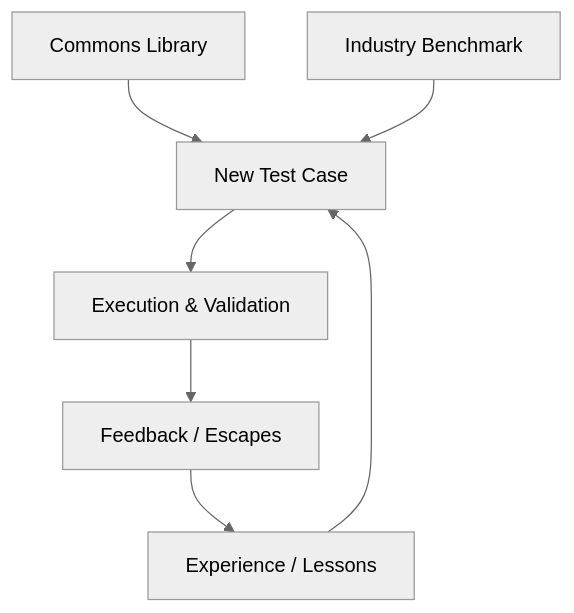
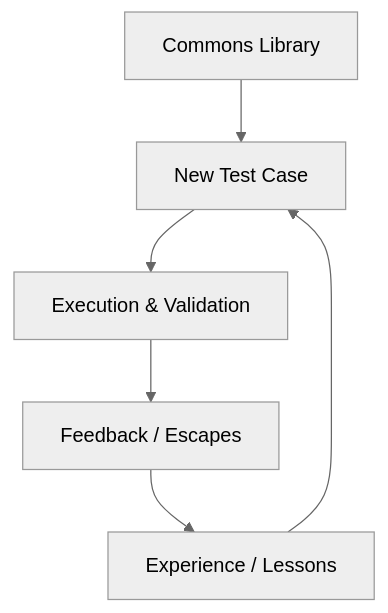
One commit to WilliamMunster/testcase-os changed the second of 3 diagrams in README.md. Above: the diagram before and after it, drawn with Mermaid (neutral theme). The commit also changed other lines of this file and 2 other files, not shown here.

First line of the commit message:
docs: update workflow diagrams and add AI review config section

````diff
--- a/README.md
+++ b/README.md
@@ -34,9 +36,8 @@
 ```mermaid
 graph TD
     COM[Commons Library] --> NEW[New Test Case]
     EXP[Experience / Lessons] --> NEW
-    BEN[Industry Benchmark] --> NEW
     NEW --> VAL[Execution & Validation]
     VAL --> FEED[Feedback / Escapes]
     FEED --> EXP
 ```
````
